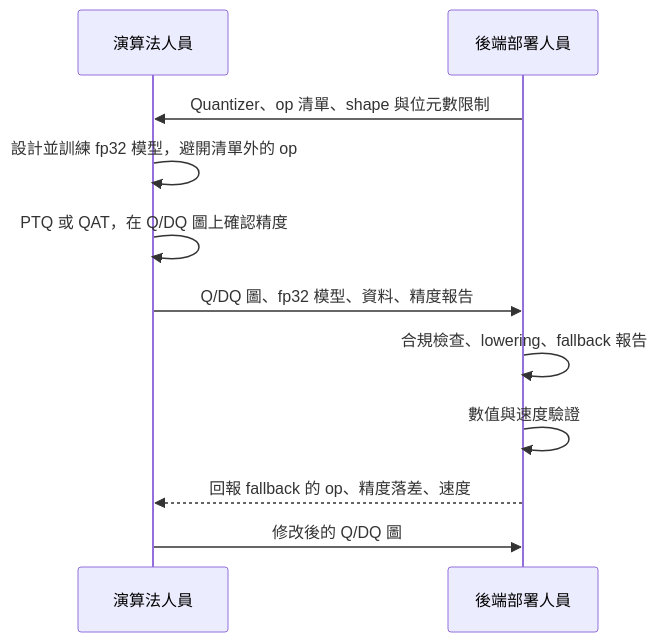
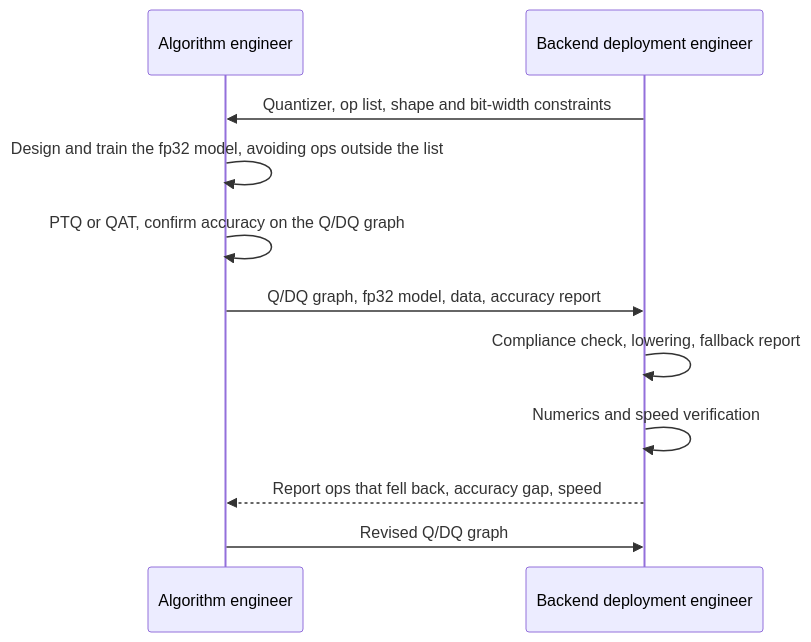
Before and after one commit to bobondemon/pt2e_quantize_and_deploy: the diagram in README.md, drawn with Mermaid. The commit also changed other lines of this file and 107 other files, not shown here.

````diff
--- a/README.md
+++ b/README.md
@@ -38,13 +40,13 @@
 ```mermaid
 sequenceDiagram
-    participant A as 演算法人員
-    participant B as 後端部署人員
-    B->>A: Quantizer、op 清單、shape 與位元數限制
-    A->>A: 設計並訓練 fp32 模型，避開清單外的 op
-    A->>A: PTQ 或 QAT，在 Q/DQ 圖上確認精度
-    A->>B: Q/DQ 圖、fp32 模型、資料、精度報告
-    B->>B: 合規檢查、lowering、fallback 報告
-    B->>B: 數值與速度驗證
-    B-->>A: 回報 fallback 的 op、精度落差、速度
-    A->>B: 修改後的 Q/DQ 圖
+    participant A as Algorithm engineer
+    participant B as Backend deployment engineer
+    B->>A: Quantizer, op list, shape and bit-width constraints
+    A->>A: Design and train the fp32 model, avoiding ops outside the list
+    A->>A: PTQ or QAT, confirm accuracy on the Q/DQ graph
+    A->>B: Q/DQ graph, fp32 model, data, accuracy report
+    B->>B: Compliance check, lowering, fallback report
+    B->>B: Numerics and speed verification
+    B-->>A: Report ops that fell back, accuracy gap, speed
+    A->>B: Revised Q/DQ graph
 ```
````
